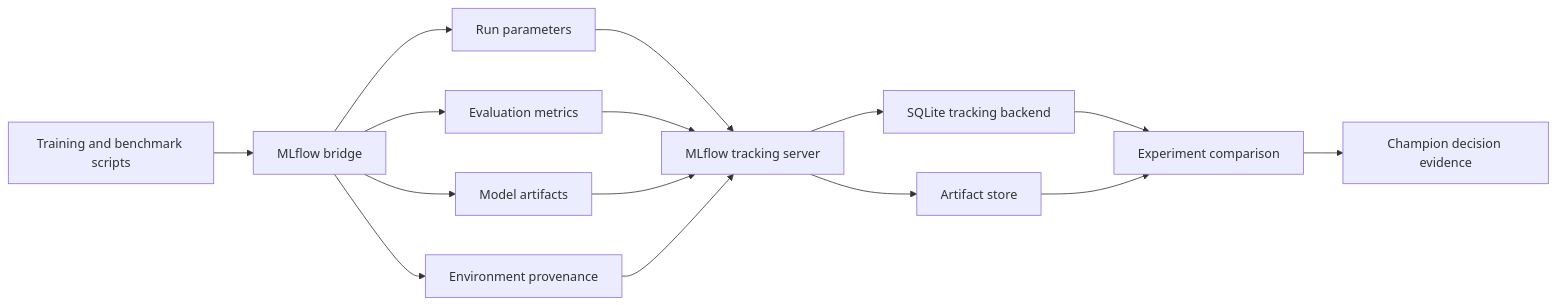
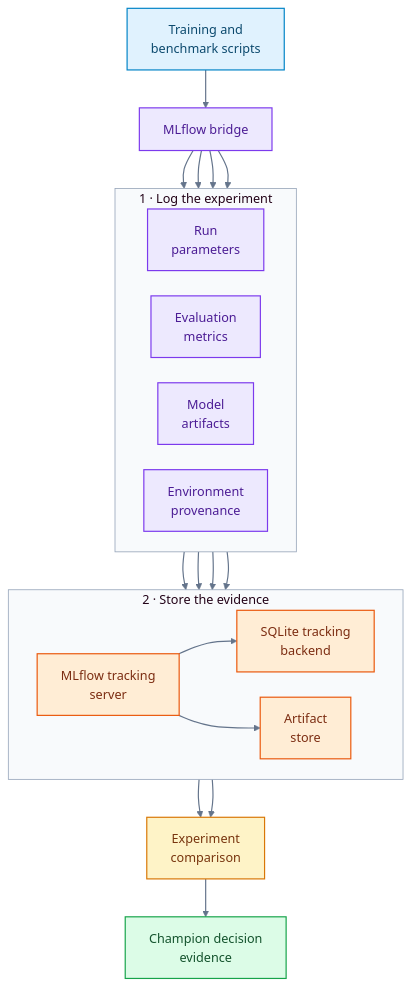
The eighth of 15 diagrams in README.md (RuturajM31/E-Commerce-Conversion-Intelligence-Platform), drawn with Mermaid before and after one commit. The commit also changed other lines of this file, not shown here.

Commit message:
docs: polish README diagrams and visual design

````diff
--- a/README.md
+++ b/README.md
@@ -418,19 +543,41 @@
 ```mermaid
-flowchart LR
-    A["Training and benchmark scripts"] --> B["MLflow bridge"]
-    B --> C["Run parameters"]
-    B --> D["Evaluation metrics"]
-    B --> E["Model artifacts"]
-    B --> F["Environment provenance"]
+%%{init: {"theme":"base","flowchart":{"curve":"basis","htmlLabels":true,"nodeSpacing":32,"rankSpacing":48},"themeVariables":{"fontFamily":"Inter,Segoe UI,Arial,sans-serif","fontSize":"16px","primaryColor":"#E0F2FE","primaryTextColor":"#0F172A","primaryBorderColor":"#0284C7","lineColor":"#64748B","secondaryColor":"#EDE9FE","tertiaryColor":"#DCFCE7","clusterBkg":"#F8FAFC","clusterBorder":"#94A3B8","edgeLabelBackground":"#FFFFFF"}}}%%
+flowchart TB
+    A["Training and<br/>benchmark scripts"]:::data --> B["MLflow bridge"]:::ml
 
-    C --> G["MLflow tracking server"]
+    subgraph LOG["1 · Log the experiment"]
+        direction LR
+        C["Run<br/>parameters"]:::ml
+        D["Evaluation<br/>metrics"]:::ml
+        E["Model<br/>artifacts"]:::ml
+        F["Environment<br/>provenance"]:::ml
+    end
+
+    subgraph STORE["2 · Store the evidence"]
+        direction LR
+        G["MLflow tracking<br/>server"]:::ops --> H["SQLite tracking<br/>backend"]:::ops
+        G --> I["Artifact<br/>store"]:::ops
+    end
+
+    J["Experiment<br/>comparison"]:::decision --> K["Champion decision<br/>evidence"]:::business
+
+    B --> C
+    B --> D
+    B --> E
+    B --> F
+    C --> G
     D --> G
     E --> G
     F --> G
+    H --> J
+    I --> J
 
-    G --> H["SQLite tracking backend"]
-    G --> I["Artifact store"]
-    H --> J["Experiment comparison"]
-    I --> J
-    J --> K["Champion decision evidence"]
+classDef data fill:#E0F2FE,stroke:#0284C7,color:#0C4A6E,stroke-width:1.5px;
+    classDef ml fill:#EDE9FE,stroke:#7C3AED,color:#4C1D95,stroke-width:1.5px;
+    classDef business fill:#DCFCE7,stroke:#16A34A,color:#14532D,stroke-width:1.5px;
+    classDef ops fill:#FFEDD5,stroke:#EA580C,color:#7C2D12,stroke-width:1.5px;
+    classDef monitor fill:#FFE4E6,stroke:#E11D48,color:#881337,stroke-width:1.5px;
+    classDef platform fill:#F1F5F9,stroke:#64748B,color:#1E293B,stroke-width:1.5px;
+    classDef decision fill:#FEF3C7,stroke:#D97706,color:#78350F,stroke-width:1.5px;
+    linkStyle default stroke:#64748B,stroke-width:1.5px;
 ```
````
